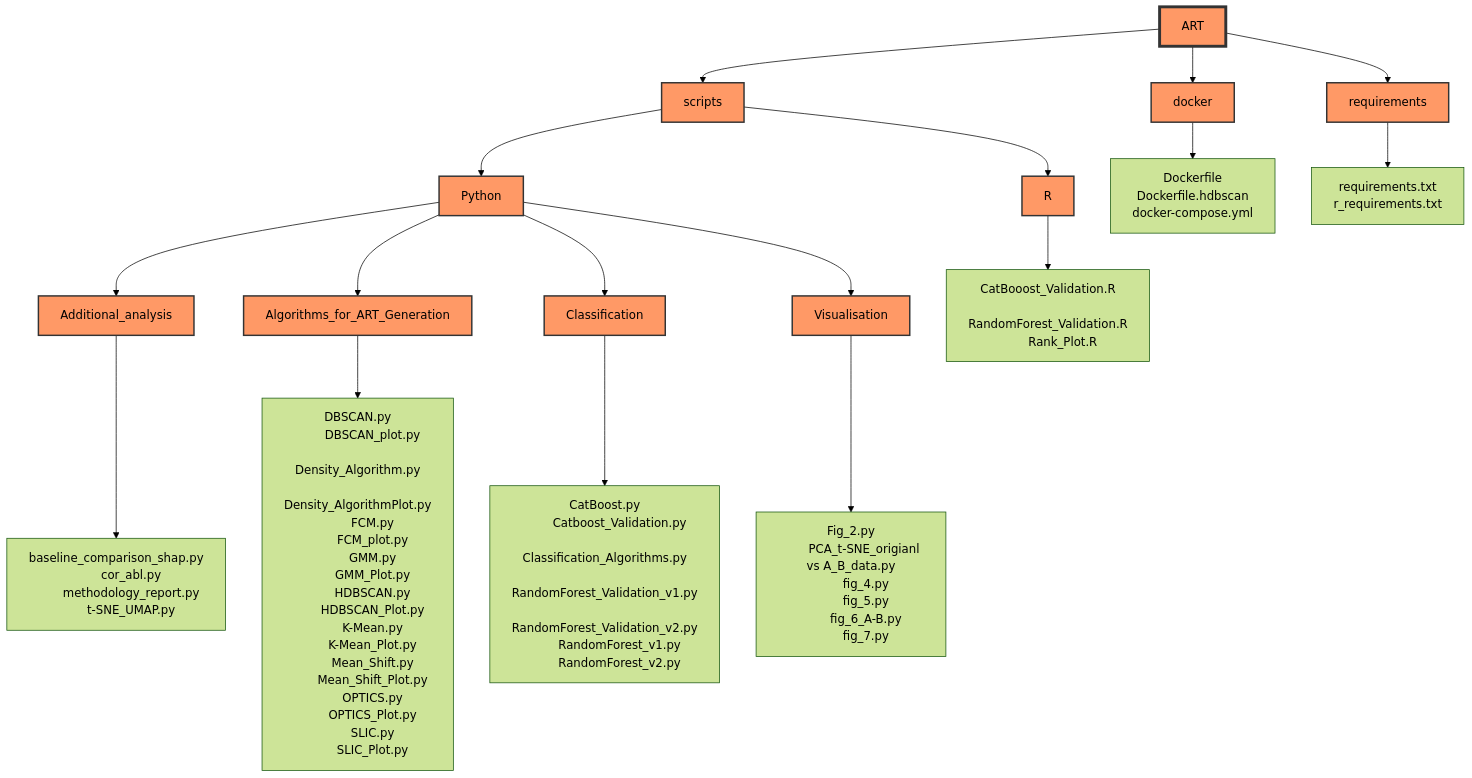
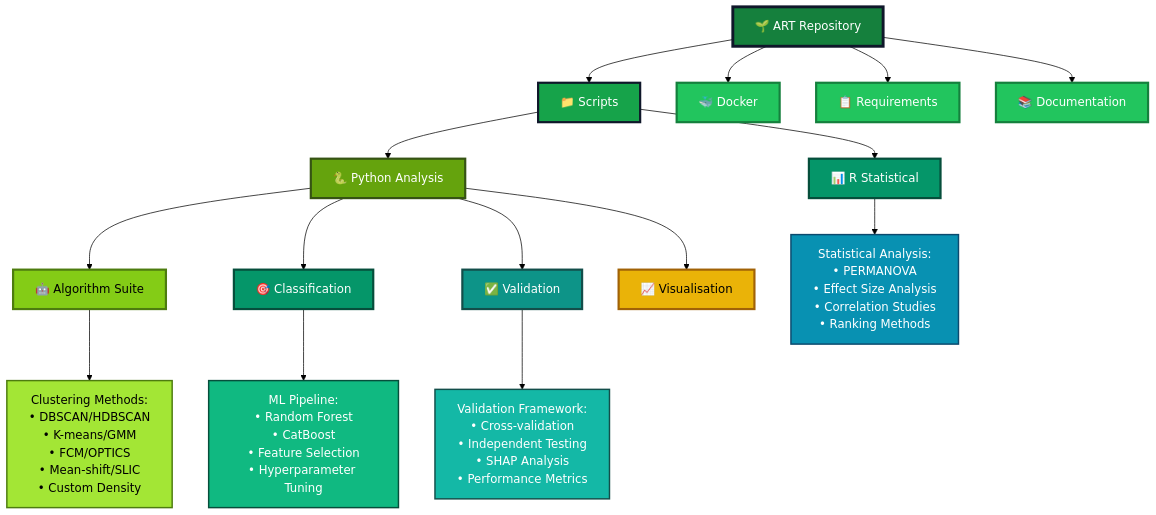
The first of 2 diagrams in README.md (shoaibms/ART), drawn with Mermaid (forest theme) before and after one commit. The commit also changed other lines of this file, not shown here.

````diff
--- a/README.md
+++ b/README.md
@@ -26,80 +57,39 @@
 ```mermaid
-flowchart TD;
-    root[ART] --> scripts
-    root --> docker
-    root --> requirements
-    scripts --> python[Python]
-    scripts --> r[R]
-    python --> additional[Additional_analysis]
-    python --> algorithms[Algorithms_for_ART_Generation]
-    python --> classification[Classification]
-    python --> visualisation[Visualisation]
+flowchart TD
+    ART[🌱 ART Repository] --> scripts[📁 Scripts]
+    ART --> docker[🐳 Docker]
+    ART --> requirements[📋 Requirements]
+    ART --> docs[📚 Documentation]
     
-    additional --> addFiles[
-        baseline_comparison_shap.py
-        cor_abl.py
-        methodology_report.py
-        t-SNE_UMAP.py]
+    scripts --> python[🐍 Python Analysis]
+    scripts --> r[📊 R Statistical]
     
-    algorithms --> algoFiles[
-        DBSCAN.py
-        DBSCAN_plot.py
-        Density_Algorithm.py
-        Density_AlgorithmPlot.py
-        FCM.py
-        FCM_plot.py
-        GMM.py
-        GMM_Plot.py
-        HDBSCAN.py
-        HDBSCAN_Plot.py
-        K-Mean.py
-        K-Mean_Plot.py
-        Mean_Shift.py
-        Mean_Shift_Plot.py
-        OPTICS.py
-        OPTICS_Plot.py
-        SLIC.py
-        SLIC_Plot.py]
+    python --> algorithms[🤖 Algorithm Suite]
+    python --> classification[🎯 Classification]
+    python --> validation[✅ Validation]
+    python --> visualisation[📈 Visualisation]
     
-    classification --> classFiles[
-        CatBoost.py
-        Catboost_Validation.py
-        Classification_Algorithms.py
-        RandomForest_Validation_v1.py
-        RandomForest_Validation_v2.py
-        RandomForest_v1.py
-        RandomForest_v2.py]
+    algorithms --> clustering[Clustering Methods:<br/>• DBSCAN/HDBSCAN<br/>• K-means/GMM<br/>• FCM/OPTICS<br/>• Mean-shift/SLIC<br/>• Custom Density]
     
-    visualisation --> visFiles[
-        Fig_2.py
-        PCA_t-SNE_origianl vs A_B_data.py
-        fig_4.py
-        fig_5.py
-        fig_6_A-B.py
-        fig_7.py]
+    classification --> models[ML Pipeline:<br/>• Random Forest<br/>• CatBoost<br/>• Feature Selection<br/>• Hyperparameter Tuning]
     
-    r --> rFiles[
-        CatBooost_Validation.R
-        RandomForest_Validation.R
-        Rank_Plot.R]
+    validation --> testing[Validation Framework:<br/>• Cross-validation<br/>• Independent Testing<br/>• SHAP Analysis<br/>• Performance Metrics]
     
-    docker --> dockerFiles[
-        Dockerfile
-        Dockerfile.hdbscan
-        docker-compose.yml]
-    
-    requirements --> reqFiles[
-        requirements.txt
-        r_requirements.txt]
+    r --> analysis[Statistical Analysis:<br/>• PERMANOVA<br/>• Effect Size Analysis<br/>• Correlation Studies<br/>• Ranking Methods]
 
-style root fill:#f96,stroke:#333,stroke-width:4px
-style scripts fill:#f96,stroke:#333,stroke-width:2px
-style python fill:#f96,stroke:#333,stroke-width:2px
-style r fill:#f96,stroke:#333,stroke-width:2px
-style docker fill:#f96,stroke:#333,stroke-width:2px
-style requirements fill:#f96,stroke:#333,stroke-width:2px
-style additional fill:#f96,stroke:#333,stroke-width:2px
-style algorithms fill:#f96,stroke:#333,stroke-width:2px
-style classification fill:#f96,stroke:#333,stroke-width:2px
-style visualisation fill:#f96,stroke:#333,stroke-width:2px
+style ART fill:#15803d,color:#fff,stroke:#0f172a,stroke-width:4px
+style scripts fill:#16a34a,color:#fff,stroke:#0f172a,stroke-width:3px
+style docker fill:#22c55e,color:#fff,stroke:#15803d,stroke-width:3px
+style requirements fill:#22c55e,color:#fff,stroke:#15803d,stroke-width:3px
+style docs fill:#22c55e,color:#fff,stroke:#15803d,stroke-width:3px
+style python fill:#65a30d,color:#fff,stroke:#365314,stroke-width:3px
+style r fill:#059669,color:#fff,stroke:#064e3b,stroke-width:3px
+style algorithms fill:#84cc16,color:#000,stroke:#4d7c0f,stroke-width:3px
+style classification fill:#059669,color:#fff,stroke:#064e3b,stroke-width:3px
+style validation fill:#0d9488,color:#fff,stroke:#134e4a,stroke-width:3px
+style visualisation fill:#eab308,color:#000,stroke:#a16207,stroke-width:3px
+style clustering fill:#a3e635,color:#000,stroke:#4d7c0f,stroke-width:2px
+style models fill:#10b981,color:#fff,stroke:#064e3b,stroke-width:2px
+style testing fill:#14b8a6,color:#fff,stroke:#134e4a,stroke-width:2px
+style analysis fill:#0891b2,color:#fff,stroke:#0c4a6e,stroke-width:2px
 ```
````
